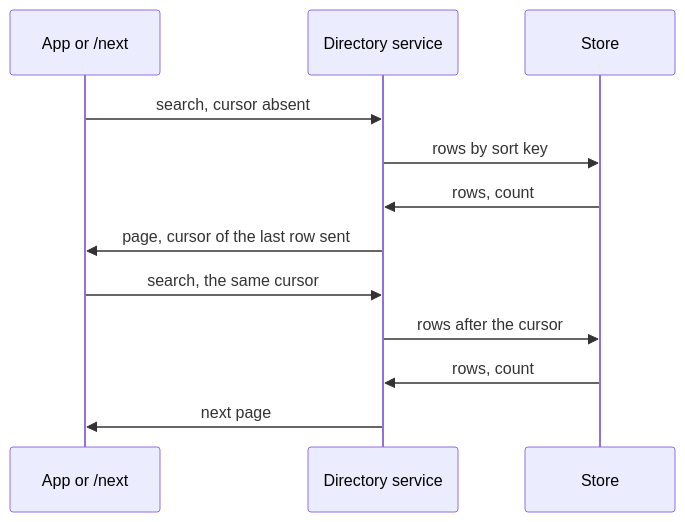
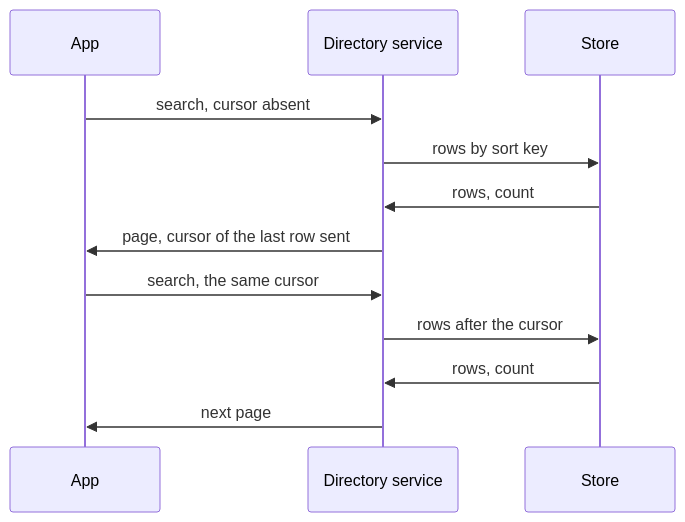
Before and after one commit to simplex-chat/simplex-chat: the sixth of 15 diagrams in plans/2026-08-04-directory-search-in-app.md, drawn with Mermaid. The commit also changed other lines of this file, not shown here.

Commit message:
docs: directory search plan matches the code in its diagrams

````diff
--- a/plans/2026-08-04-directory-search-in-app.md
+++ b/plans/2026-08-04-directory-search-in-app.md
@@ -193,14 +196,14 @@
 ```mermaid
 sequenceDiagram
-  participant Client as App or /next
+  participant App
   participant DS as Directory service
   participant DB as Store
-  Client->>DS: search, cursor absent
+  App->>DS: search, cursor absent
   DS->>DB: rows by sort key
   DB->>DS: rows, count
-  DS->>Client: page, cursor of the last row sent
-  Client->>DS: search, the same cursor
+  DS->>App: page, cursor of the last row sent
+  App->>DS: search, the same cursor
   DS->>DB: rows after the cursor
   DB->>DS: rows, count
-  DS->>Client: next page
+  DS->>App: next page
 ```
````
